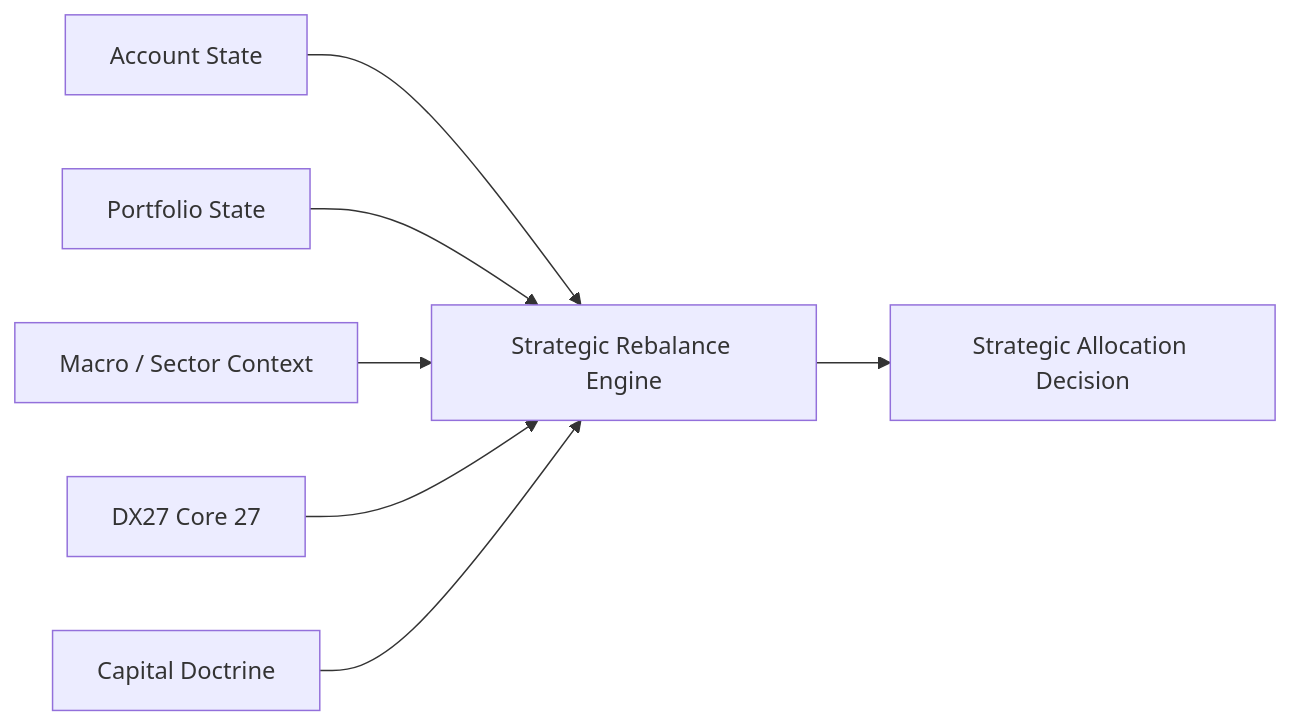
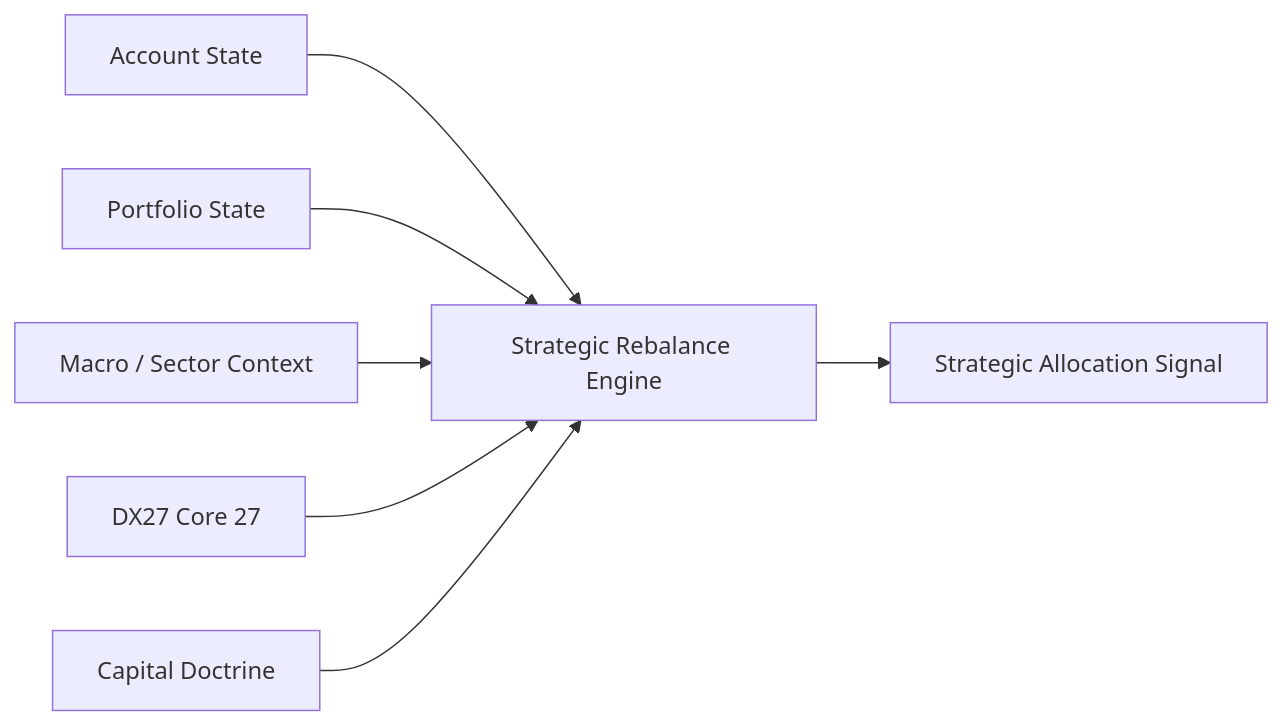
Before and after one commit to Daxoniel/DX27-Trading-Engine: the fifth of 12 diagrams in docs/architecture/system-overview.md, drawn with Mermaid. The commit also changed other lines of this file and 7 other files, not shown here.

````diff
--- a/docs/architecture/system-overview.md
+++ b/docs/architecture/system-overview.md
@@ -254,26 +270,26 @@
 ```mermaid
 flowchart LR
 
     Account["Account State"]
 
     Portfolio["Portfolio State"]
 
     Macro["Macro / Sector Context"]
 
     Core27["DX27 Core 27"]
 
     Doctrine["Capital Doctrine"]
 
     Rebalance["Strategic Rebalance Engine"]
 
-    Decision["Strategic Allocation Decision"]
+    Decision["Strategic Allocation Signal"]
 
     Account --> Rebalance
     Portfolio --> Rebalance
     Macro --> Rebalance
 
     Core27 --> Rebalance
     Doctrine --> Rebalance
 
     Rebalance --> Decision
 ```
````
